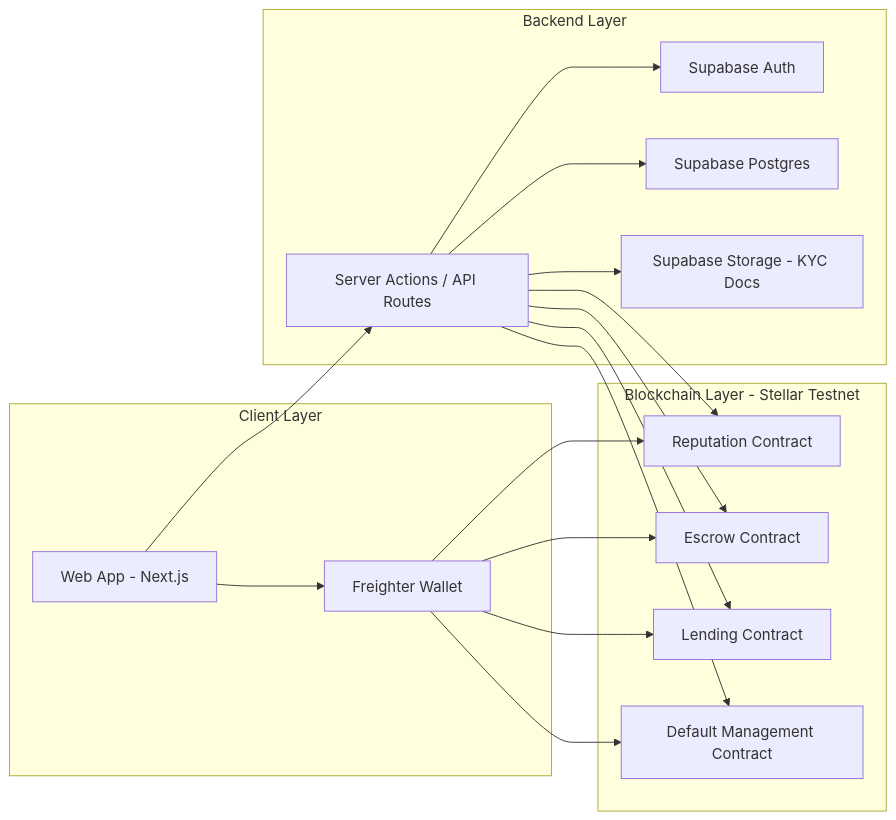
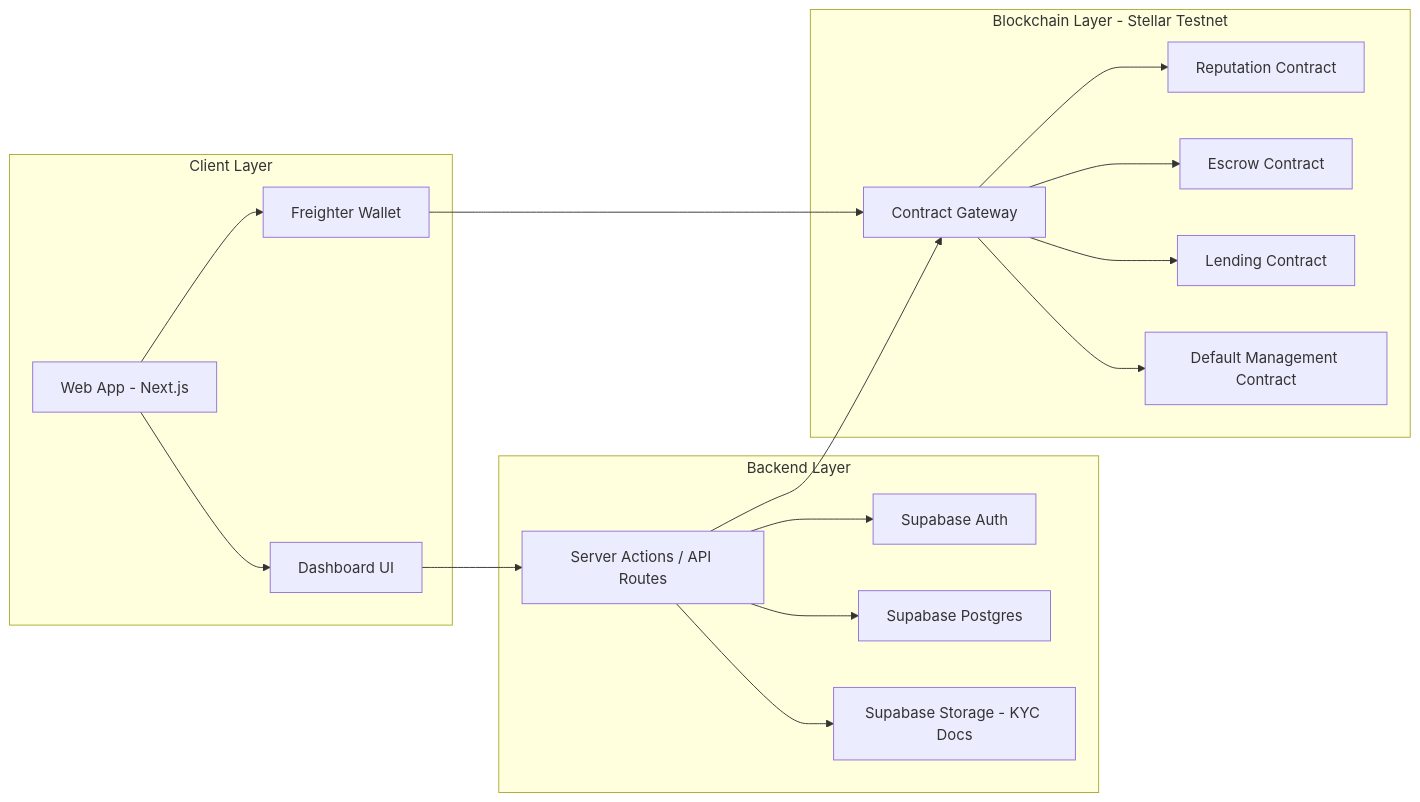
One commit to debansh001/trustlend changed the third of 3 diagrams in README.md. Above: the diagram before and after it, drawn with Mermaid. The commit also changed other lines of this file, not shown here.

Commit message:
feat: update README.md to improve capital gap visualization and mobile view presentation

````diff
--- a/README.md
+++ b/README.md
@@ -182,35 +175,36 @@
 ```mermaid
 flowchart LR
    subgraph Client[Client Layer]
       A1[Web App - Next.js]
       A2[Freighter Wallet]
+      A3[Dashboard UI]
    end
 
    subgraph Backend[Backend Layer]
+      B0[Server Actions / API Routes]
       B1[Supabase Auth]
       B2[Supabase Postgres]
       B3[Supabase Storage - KYC Docs]
-      B4[Server Actions / API Routes]
    end
 
    subgraph Chain[Blockchain Layer - Stellar Testnet]
+      C0[Contract Gateway]
       C1[Reputation Contract]
       C2[Escrow Contract]
       C3[Lending Contract]
       C4[Default Management Contract]
    end
 
-   A1 --> B4
+   A1 --> A3
+   A3 --> B0
    A1 --> A2
-   B4 --> B1
-   B4 --> B2
-   B4 --> B3
-   B4 --> C1
-   B4 --> C2
-   B4 --> C3
-   B4 --> C4
-   A2 --> C1
-   A2 --> C2
-   A2 --> C3
-   A2 --> C4
+   B0 --> B1
+   B0 --> B2
+   B0 --> B3
+   B0 --> C0
+   A2 --> C0
+   C0 --> C1
+   C0 --> C2
+   C0 --> C3
+   C0 --> C4
 ```
````
